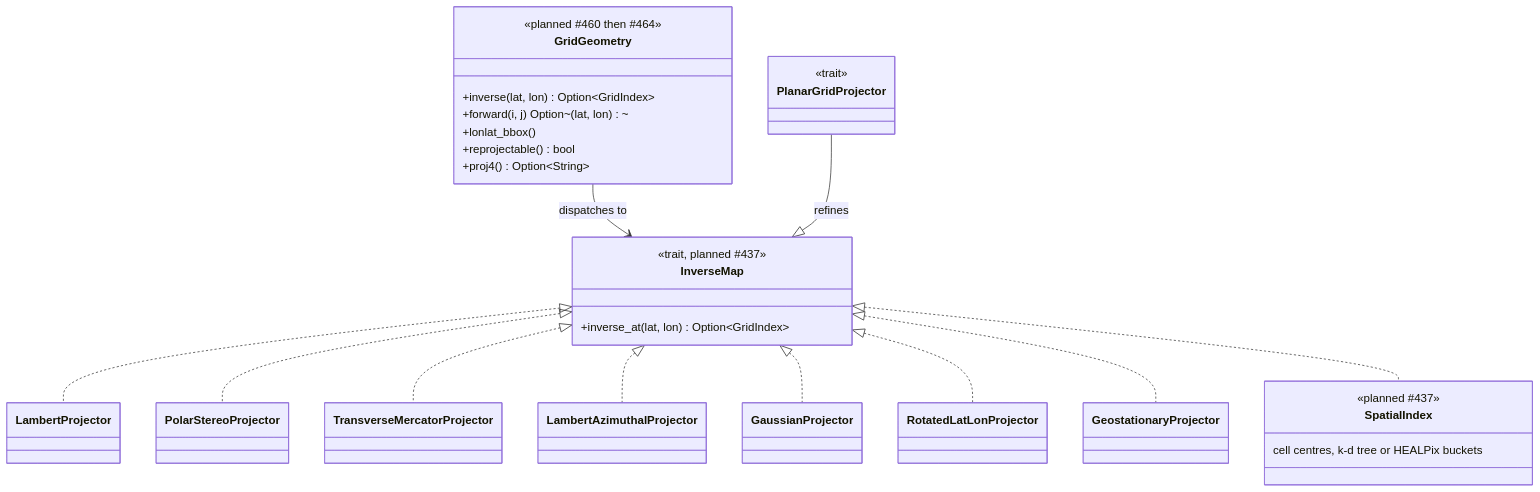
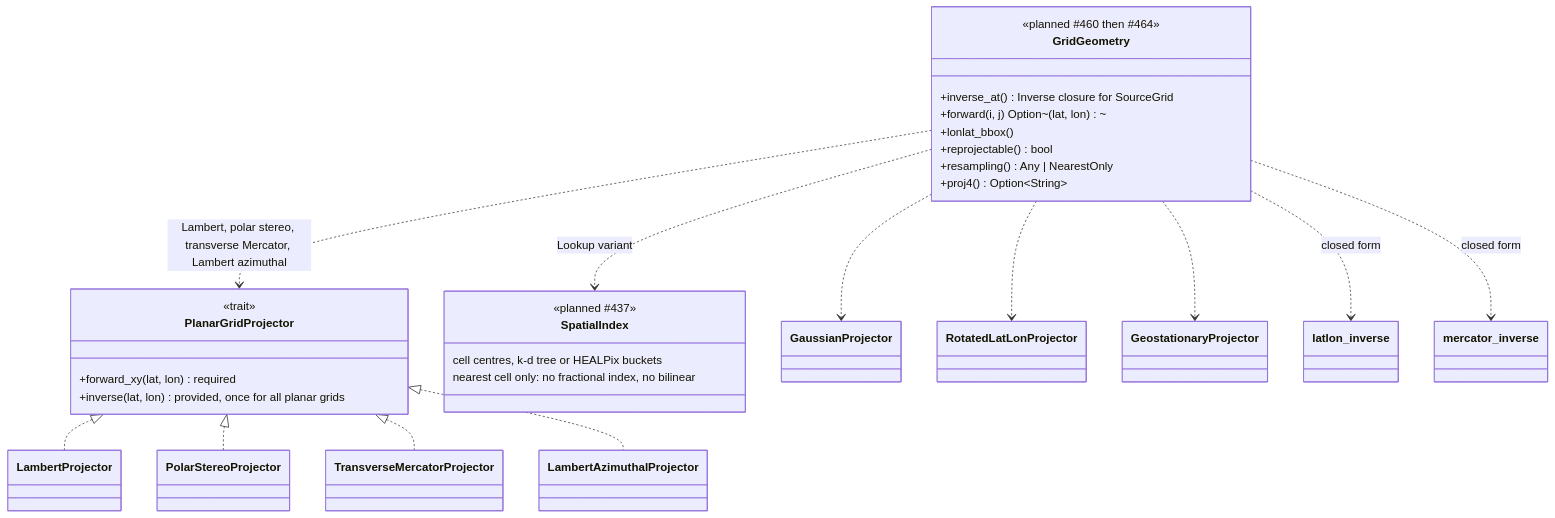
One commit to D0ubleD0uble/fieldglass changed the first of 5 diagrams in docs/architecture/planned/02-trait-seams.md. Above: the diagram before and after it, drawn with Mermaid. The commit also changed other lines of this file, not shown here.

Commit message:
docs(architecture): the inverse stays a closure; lookup grids are nearest-only
Drop the InverseMap trait from the planned seams: SourceGrid::inverse_at
is already the seam, and GridGeometry::inverse_at() dispatches to the
projectors, the closed-form functions, or a SpatialIndex. Record that
the planar inverse becomes a provided PlanarGridProjector method and
that a lookup grid reports NearestOnly so warp never blends across a
fold. #437 updated to match.

Claude-Session: https://claude.ai/code/session_01HXQLdNBg23o81NEfApXYhF

````diff
--- a/docs/architecture/planned/02-trait-seams.md
+++ b/docs/architecture/planned/02-trait-seams.md
@@ -17,33 +19,34 @@
 ```mermaid
 classDiagram
     class GridGeometry {
         <<planned #460 then #464>>
-        +inverse(lat, lon) Option~GridIndex~
+        +inverse_at() Inverse closure for SourceGrid
         +forward(i, j) Option~(lat, lon)~
         +lonlat_bbox()
         +reprojectable() bool
+        +resampling() Any | NearestOnly
         +proj4() Option~String~
-    }
-    class InverseMap {
-        <<trait, planned #437>>
-        +inverse_at(lat, lon) Option~GridIndex~
     }
     class PlanarGridProjector {
         <<trait>>
+        +forward_xy(lat, lon) required
+        +inverse(lat, lon) provided, once for all planar grids
     }
     class SpatialIndex {
         <<planned #437>>
         cell centres, k-d tree or HEALPix buckets
+        nearest cell only: no fractional index, no bilinear
     }
 
-    GridGeometry --> InverseMap : dispatches to
-    InverseMap <|.. LambertProjector
-    InverseMap <|.. PolarStereoProjector
-    InverseMap <|.. TransverseMercatorProjector
-    InverseMap <|.. LambertAzimuthalProjector
-    InverseMap <|.. GaussianProjector
-    InverseMap <|.. RotatedLatLonProjector
-    InverseMap <|.. GeostationaryProjector
-    InverseMap <|.. SpatialIndex
-    PlanarGridProjector --|> InverseMap : refines
+    GridGeometry ..> PlanarGridProjector : Lambert, polar stereo, transverse Mercator, Lambert azimuthal
+    GridGeometry ..> GaussianProjector
+    GridGeometry ..> RotatedLatLonProjector
+    GridGeometry ..> GeostationaryProjector
+    GridGeometry ..> latlon_inverse : closed form
+    GridGeometry ..> mercator_inverse : closed form
+    GridGeometry ..> SpatialIndex : Lookup variant
+    PlanarGridProjector <|.. LambertProjector
+    PlanarGridProjector <|.. PolarStereoProjector
+    PlanarGridProjector <|.. TransverseMercatorProjector
+    PlanarGridProjector <|.. LambertAzimuthalProjector
 ```
````
